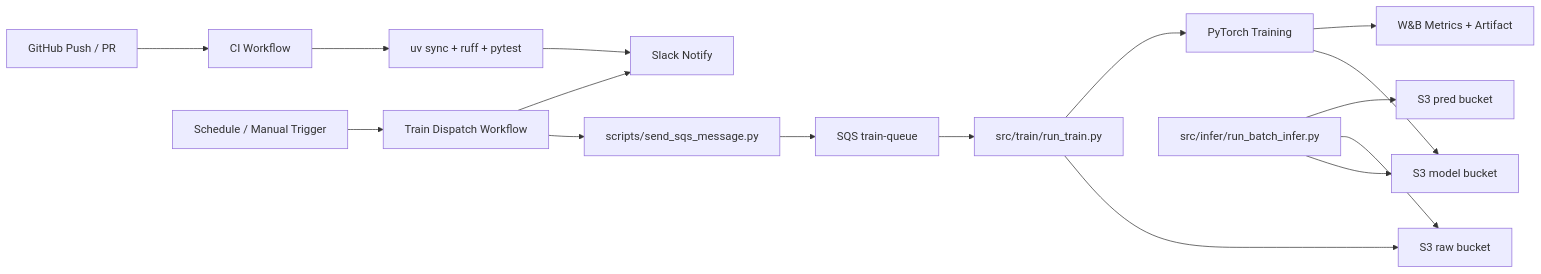
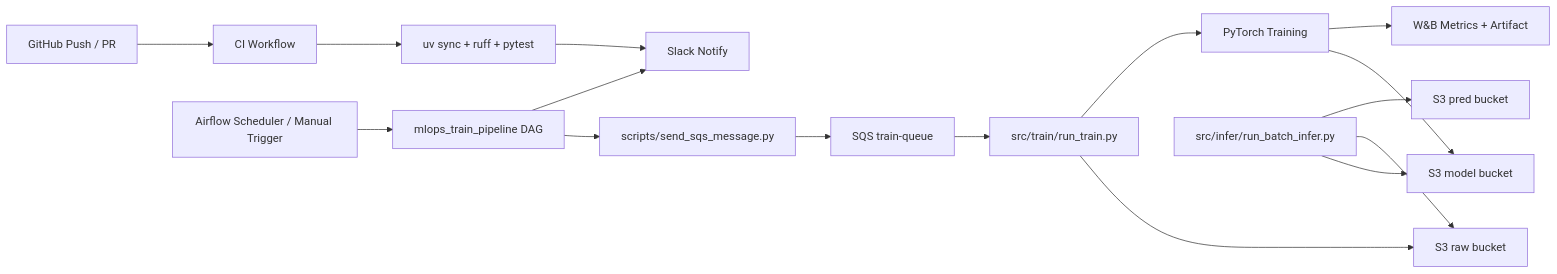
Before and after one commit to AIBootcamp24th/mlops-mlops-team-3: the diagram in docs/aws_infra-overview.md, drawn with Mermaid. The commit also changed other lines of this file and 27 other files, not shown here.

````diff
--- a/docs/aws_infra-overview.md
+++ b/docs/aws_infra-overview.md
@@ -14,21 +14,21 @@
 ```mermaid
 graph LR
   A[GitHub Push / PR] --> B[CI Workflow]
   B --> C[uv sync + ruff + pytest]
   C --> D[Slack Notify]
 
-  E[Schedule / Manual Trigger] --> F[Train Dispatch Workflow]
+  E[Airflow Scheduler / Manual Trigger] --> F[mlops_train_pipeline DAG]
   F --> G[scripts/send_sqs_message.py]
   G --> H[SQS train-queue]
   F --> D
 
   H --> I[src/train/run_train.py]
   I --> J[S3 raw bucket]
   I --> K[PyTorch Training]
   K --> L[S3 model bucket]
   K --> M[W&B Metrics + Artifact]
 
   N[src/infer/run_batch_infer.py] --> L
   N --> J
   N --> O[S3 pred bucket]
 ```
````
